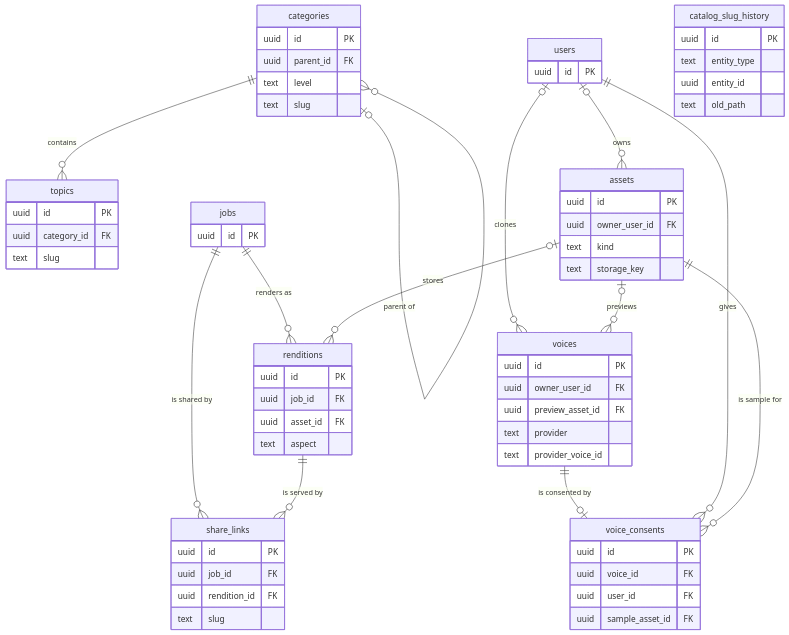
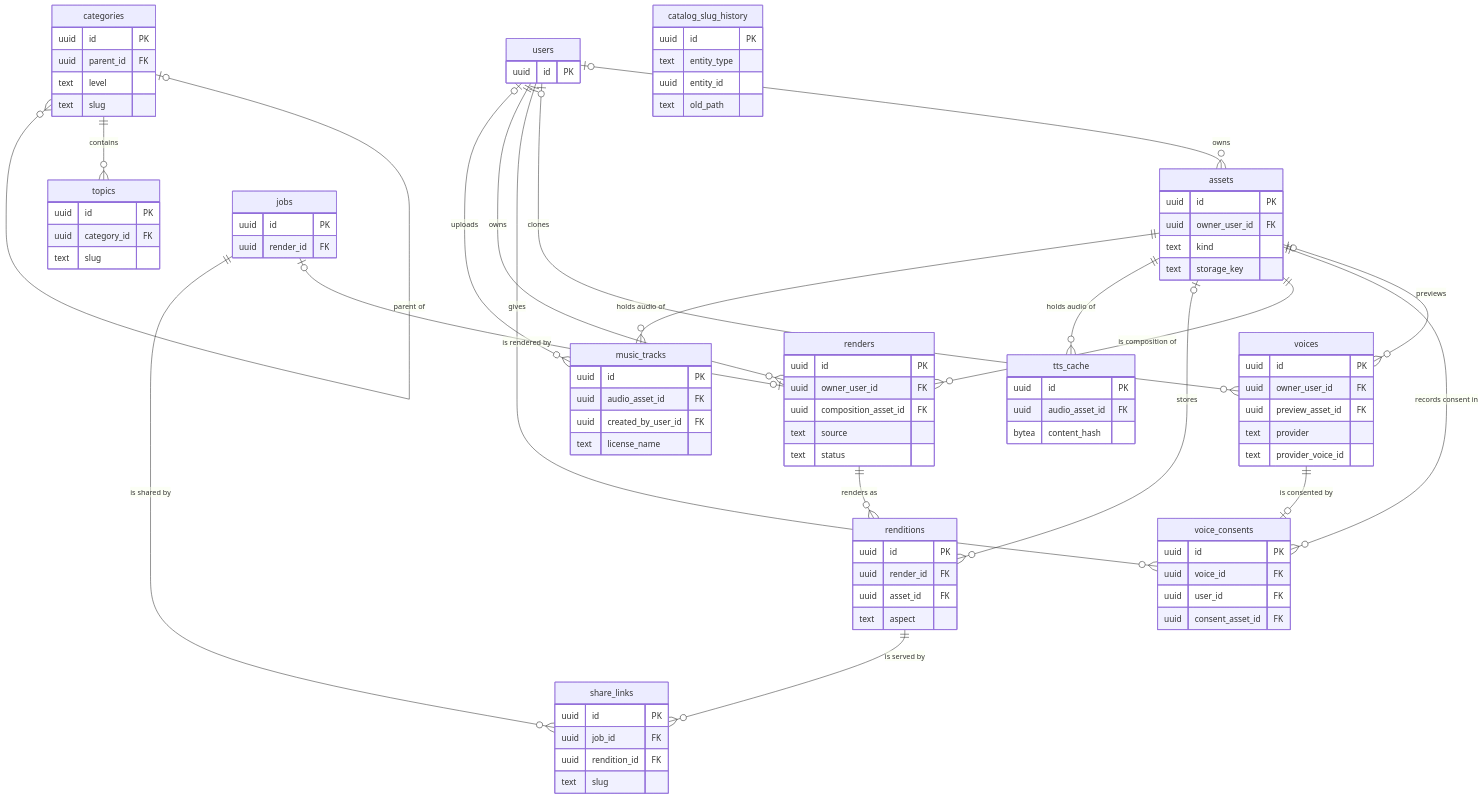
Before and after one commit to The-GenAI-Labs/motionile: the third of 10 diagrams in docs/db/erd.md, drawn with Mermaid. The commit also changed 13 other files, not shown here.

Commit message:
docs(render): add phase 8 blueprint refinements, ADRs and render and audio references

````diff
--- a/docs/db/erd.md
+++ b/docs/db/erd.md
@@ -126,9 +126,15 @@
     assets |o--o{ voices : "previews"
     voices ||--o| voice_consents : "is consented by"
     users ||--o{ voice_consents : "gives"
-    assets ||--o{ voice_consents : "is sample for"
-    jobs ||--o{ renditions : "renders as"
+    assets ||--o{ voice_consents : "records consent in"
+    users ||--o{ renders : "owns"
+    assets ||--o{ renders : "is composition of"
+    renders ||--o{ renditions : "renders as"
     assets |o--o{ renditions : "stores"
+    assets ||--o{ tts_cache : "holds audio of"
+    assets ||--o{ music_tracks : "holds audio of"
+    users |o--o{ music_tracks : "uploads"
+    jobs |o--o| renders : "is rendered by"
     jobs ||--o{ share_links : "is shared by"
     renditions ||--o{ share_links : "is served by"
 
@@ -166,13 +172,31 @@
         uuid id PK
         uuid voice_id FK
         uuid user_id FK
-        uuid sample_asset_id FK
+        uuid consent_asset_id FK
+    }
+    renders {
+        uuid id PK
+        uuid owner_user_id FK
+        uuid composition_asset_id FK
+        text source
+        text status
     }
     renditions {
         uuid id PK
-        uuid job_id FK
+        uuid render_id FK
         uuid asset_id FK
         text aspect
+    }
+    tts_cache {
+        uuid id PK
+        uuid audio_asset_id FK
+        bytea content_hash
+    }
+    music_tracks {
+        uuid id PK
+        uuid audio_asset_id FK
+        uuid created_by_user_id FK
+        text license_name
     }
     share_links {
         uuid id PK
@@ -185,5 +209,6 @@
     }
     jobs {
         uuid id PK
+        uuid render_id FK
     }
 ```
````
